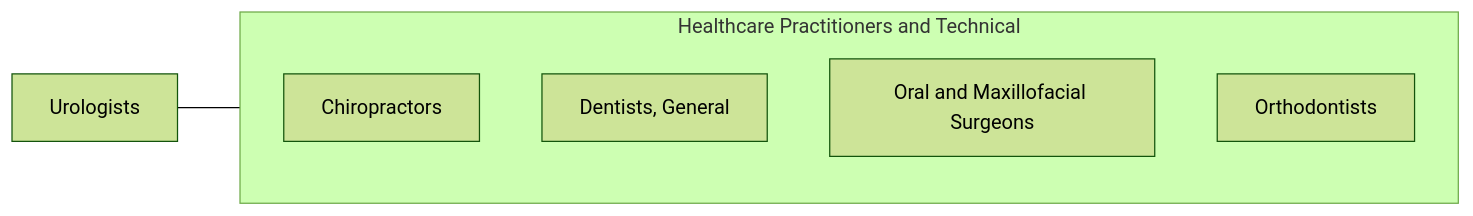
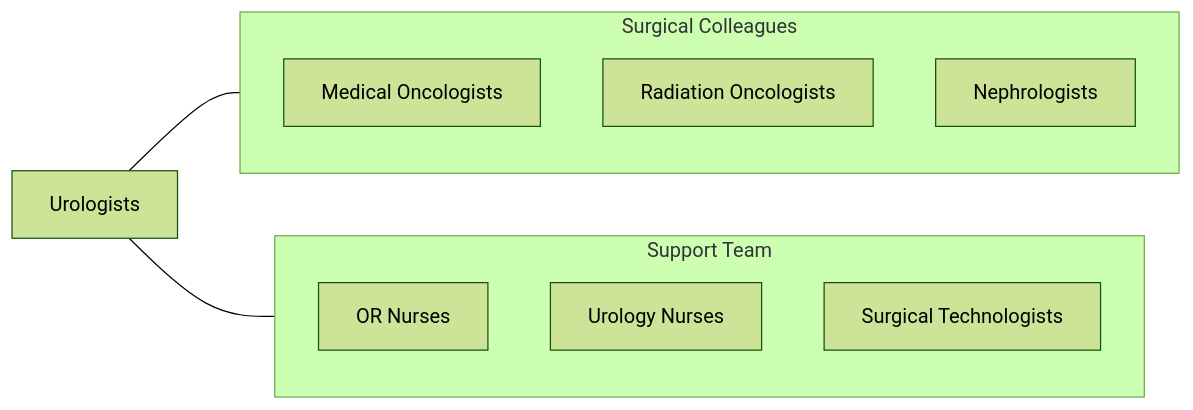
The fourth of 4 diagrams in occupations/HealthcarePractitioners/Urologists.mdx (kziemski/business.org.ai), drawn with Mermaid (forest theme) before and after one commit. The commit also changed other lines of this file and 938 other files, not shown here.

````diff
--- a/occupations/HealthcarePractitioners/Urologists.mdx
+++ b/occupations/HealthcarePractitioners/Urologists.mdx
@@ -115,13 +186,19 @@
 ```mermaid
 graph LR
     Current["Urologists"]
 
-    subgraph SameCategory["Healthcare Practitioners and Technical"]
-        Chiropractors["Chiropractors"]
-        DentistsGeneral["Dentists, General"]
-        OralAndMaxillofacial["Oral and Maxillofacial Surgeons"]
-        Orthodontists["Orthodontists"]
+    subgraph SurgicalTeam["Surgical Colleagues"]
+        Oncologists["Medical Oncologists"]
+        RadOnc["Radiation Oncologists"]
+        Nephrologists["Nephrologists"]
     end
 
-    Current --- SameCategory
+    subgraph Support["Support Team"]
+        ORNurses["OR Nurses"]
+        URNurses["Urology Nurses"]
+        SurgTechs["Surgical Technologists"]
+    end
+
+    Current --- SurgicalTeam
+    Current --- Support
 ```
````
